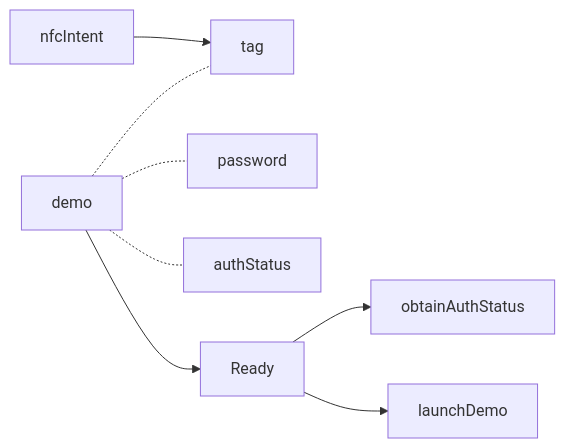
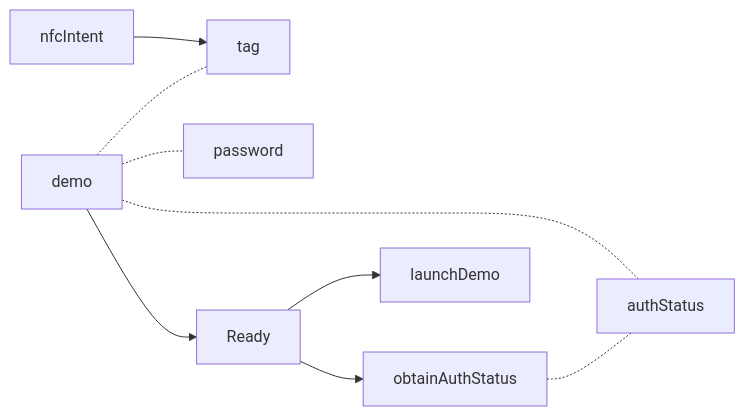
Before and after one commit to gordianknotC/nxp_note: the fifth of 9 diagrams in nxp/MainActivity.md, drawn with Mermaid. The commit also changed other lines of this file, not shown here.

````diff
--- a/nxp/MainActivity.md
+++ b/nxp/MainActivity.md
@@ -56,11 +56,11 @@
 ```mermaid
 graph LR
 nfcIntent --> tag
 demo -.- tag
 demo -.- password
 demo -.- authStatus
 demo --> Ready
 Ready --> obtainAuthStatus
 Ready --> launchDemo
-
+obtainAuthStatus -.- authStatus
 ```
````
